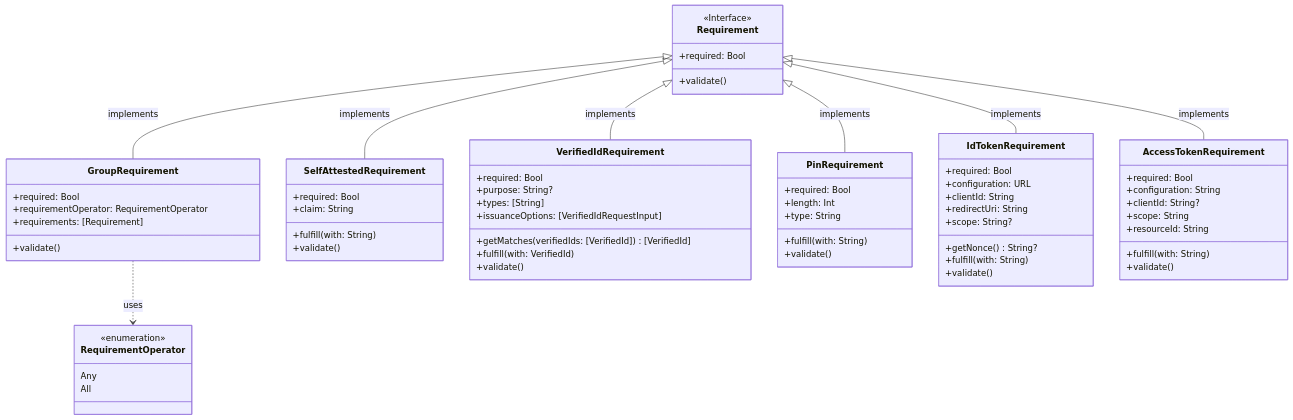
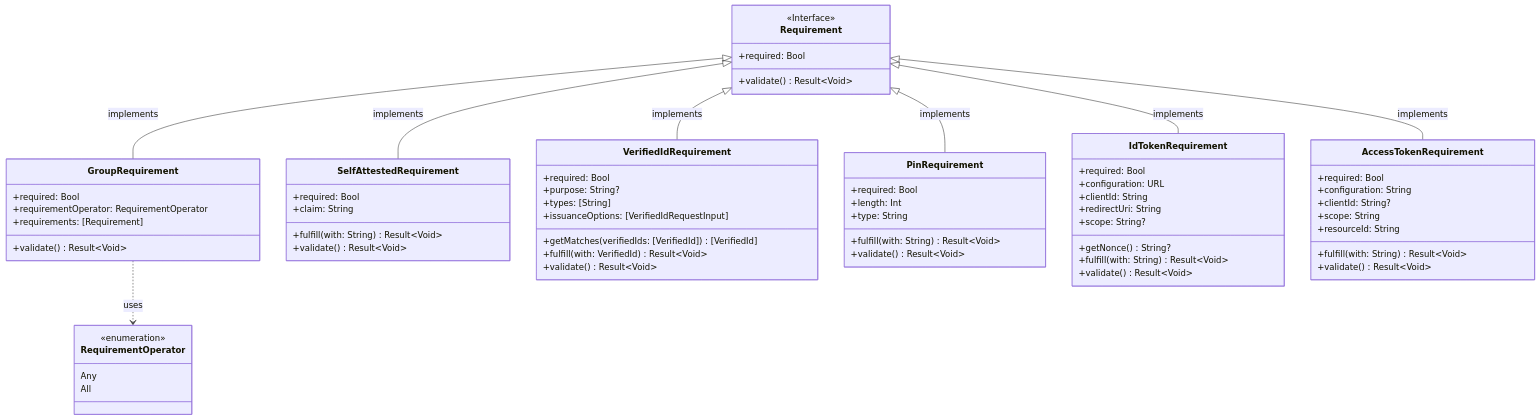
One commit to microsoft/entra-verifiedid-wallet-library-ios changed the second of 3 diagrams in Docs/LibraryArchitecture.md. Above: the diagram before and after it, drawn with Mermaid. The commit also changed other lines of this file, not shown here.

````diff
--- a/Docs/LibraryArchitecture.md
+++ b/Docs/LibraryArchitecture.md
@@ -84,67 +84,67 @@
 ```mermaid
 classDiagram
 GroupRequirement ..> RequirementOperator: uses
 Requirement <|-- GroupRequirement: implements
 Requirement <|-- SelfAttestedRequirement: implements
 Requirement <|-- VerifiedIdRequirement: implements
 Requirement <|-- PinRequirement: implements
 Requirement <|-- IdTokenRequirement: implements
 Requirement <|-- AccessTokenRequirement: implements
 <<Interface>> Requirement
 class Requirement {
     +required: Bool
-    +validate()
+    +validate() Result<<T>Void>
 }
 class GroupRequirement {
     +required: Bool
     +requirementOperator: RequirementOperator
     +requirements: [Requirement]
-    +validate()
+    +validate() Result<<T>Void>
 }
 <<enumeration>> RequirementOperator
 class RequirementOperator {
     Any
     All 
 }
 class SelfAttestedRequirement {
     +required: Bool
     +claim: String
-    +fulfill(with: String)
-    +validate()
+    +fulfill(with: String) Result<<T>Void>
+    +validate() Result<<T>Void>
 }
 class VerifiedIdRequirement {
     +required: Bool
     +purpose: String?
     +types: [String]
     +issuanceOptions: [VerifiedIdRequestInput]
     +getMatches(verifiedIds: [VerifiedId]) [VerifiedId]
-    +fulfill(with: VerifiedId)
-    +validate()
+    +fulfill(with: VerifiedId) Result<<T>Void>
+    +validate() Result<<T>Void>
 }
 class PinRequirement {
     +required: Bool
     +length: Int
     +type: String
-    +fulfill(with: String)
-    +validate()
+    +fulfill(with: String) Result<<T>Void>
+    +validate() Result<<T>Void>
 }
 class IdTokenRequirement {
     +required: Bool
     +configuration: URL
     +clientId: String
     +redirectUri: String
     +scope: String?
     +getNonce() String?
-    +fulfill(with: String)
-    +validate()
+    +fulfill(with: String) Result<<T>Void>
+    +validate() Result<<T>Void>
 }
 class AccessTokenRequirement {
     +required: Bool
     +configuration: String
     +clientId: String?
     +scope: String
     +resourceId: String
-    +fulfill(with: String)
-    +validate()
+    +fulfill(with: String) Result<<T>Void>
+    +validate() Result<<T>Void>
 }
 ```
````
